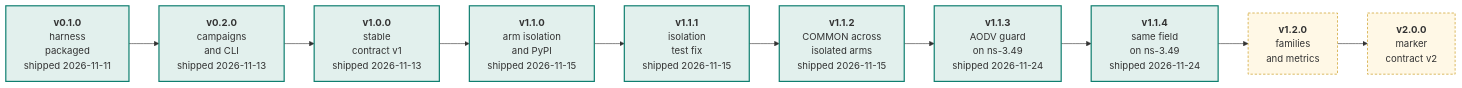
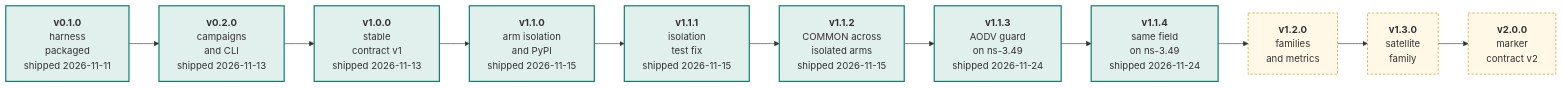
One commit to swarm-routing/sim-tools changed the first of 2 diagrams in docs/roadmap.md. Above: the diagram before and after it, drawn with Mermaid. The commit also changed other lines of this file and 1 other file, not shown here.

First line of the commit message:
docs(roadmap): re-scope v1.2.0 and add v1.3.0, the satellite family (#418)

````diff
--- a/docs/roadmap.md
+++ b/docs/roadmap.md
@@ -56,26 +57,28 @@
 ```mermaid
 flowchart LR
     V01["<b>v0.1.0</b><br/>harness<br/>packaged<br/>shipped 2026-11-11"]
     V02["<b>v0.2.0</b><br/>campaigns<br/>and CLI<br/>shipped 2026-11-13"]
     V10["<b>v1.0.0</b><br/>stable<br/>contract v1<br/>shipped 2026-11-13"]
     V11["<b>v1.1.0</b><br/>arm isolation<br/>and PyPI<br/>shipped 2026-11-15"]
     V111["<b>v1.1.1</b><br/>isolation<br/>test fix<br/>shipped 2026-11-15"]
     V112["<b>v1.1.2</b><br/>COMMON across<br/>isolated arms<br/>shipped 2026-11-15"]
     V113["<b>v1.1.3</b><br/>AODV guard<br/>on ns-3.49<br/>shipped 2026-11-24"]
     V114["<b>v1.1.4</b><br/>same field<br/>on ns-3.49<br/>shipped 2026-11-24"]
     V12["<b>v1.2.0</b><br/>families<br/>and metrics"]
+    V13["<b>v1.3.0</b><br/>satellite<br/>family"]
     V20["<b>v2.0.0</b><br/>marker<br/>contract v2"]
 
-    V01 --> V02 --> V10 --> V11 --> V111 --> V112 --> V113 --> V114 --> V12 --> V20
+    V01 --> V02 --> V10 --> V11 --> V111 --> V112 --> V113 --> V114 --> V12 --> V13 --> V20
 
     style V01 fill:#e2f0ed,stroke:#0f7f70,stroke-width:2px
     style V02 fill:#e2f0ed,stroke:#0f7f70,stroke-width:2px
     style V10 fill:#e2f0ed,stroke:#0f7f70,stroke-width:2px
     style V11 fill:#e2f0ed,stroke:#0f7f70,stroke-width:2px
     style V111 fill:#e2f0ed,stroke:#0f7f70,stroke-width:2px
     style V112 fill:#e2f0ed,stroke:#0f7f70,stroke-width:2px
     style V113 fill:#e2f0ed,stroke:#0f7f70,stroke-width:2px
     style V114 fill:#e2f0ed,stroke:#0f7f70,stroke-width:2px
     style V12 fill:#fff8e6,stroke:#c48f00,stroke-dasharray:4 3
+    style V13 fill:#fff8e6,stroke:#c48f00,stroke-dasharray:4 3
     style V20 fill:#fff8e6,stroke:#c48f00,stroke-dasharray:4 3
 ```
````
